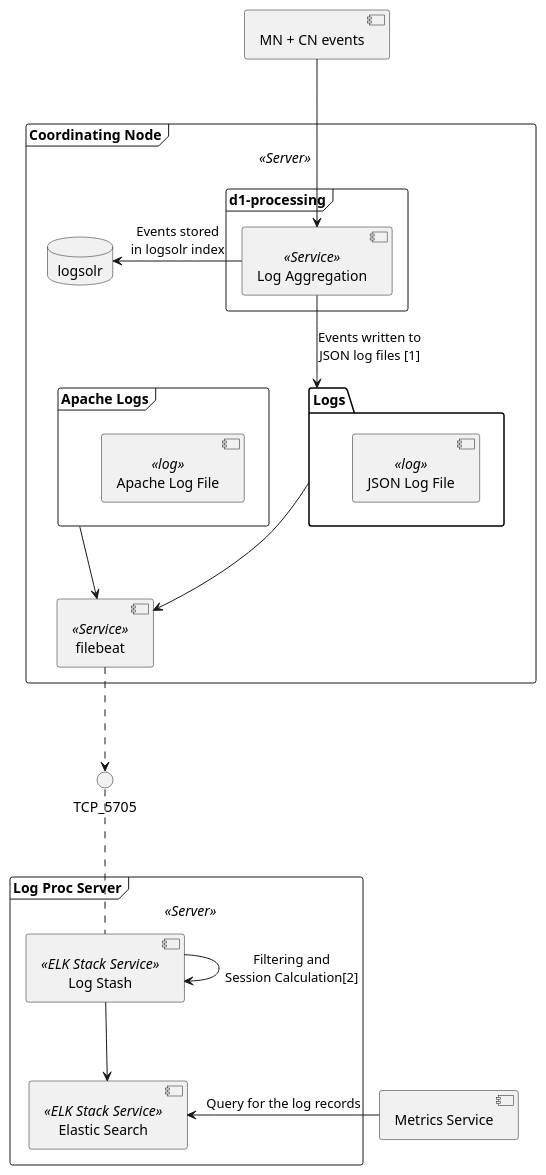
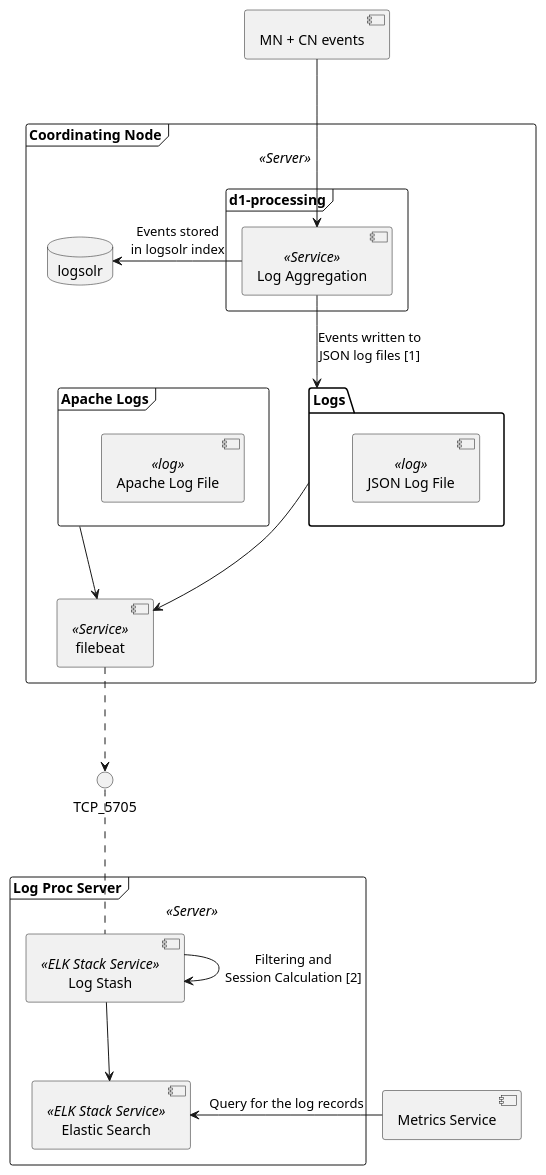
One commit to DataONEorg/metrics-service changed the diagram in doc/source/architecture.rst. Above: the diagram before and after it, drawn with PlantUML. The commit also changed other lines of this file, not shown here.

Commit message:
Added architecture page

```diff
--- a/doc/source/architecture.rst
+++ b/doc/source/architecture.rst
@@ -14,52 +14,52 @@
 .. uml::
     
     top to bottom direction
     
     ' For component diagram help see http://plantuml.com/component-diagram
     ' Define the components
     
     component comp1 [
     MN + CN events
     ]
 
     frame "Coordinating Node" as "cnserv" <<Server>> {
         frame "d1-processing" as "logagg" {
             [Log Aggregation] <<Service>>
         }
         
         database "logsolr" {
         }
         
         folder "Logs" as logs{
             component [JSON Log File] <<log>>
         }
         
         frame "Apache Logs" as "apache" {
             component [Apache Log File] as cn.logs <<log>>
         }
         
         [filebeat] as cn.filebeat <<Service>>
     }
     
     frame "Log Proc Server" as "logproc" <<Server>> {
         component [Log Stash] <<ELK Stack Service>>
         
         component [Elastic Search] <<ELK Stack Service>>
     }
 
     component comp2 [
     Metrics Service
     ]
     
     
     ' Define the interactions
     comp1 --> [Log Aggregation]: ""
     [Log Aggregation] -down-> logs: "Events written to\nJSON log files [1]"
     [Log Aggregation] -right-> logsolr: "Events stored\nin logsolr index"
     logs --> [cn.filebeat]:  ""
     apache -->  [cn.filebeat] : ""
     TCP_5705 .. [Log Stash] : ""
     [cn.filebeat] ..> TCP_5705 : ""
-    [Log Stash] --> [Log Stash] : "Filtering and\nSession Calculation[2]"
+    [Log Stash] --> [Log Stash] : "Filtering and\nSession Calculation [2]"
     [Log Stash] --> [Elastic Search] : ""
     comp2 -right-> [Elastic Search] : "Query for the log records"
```
